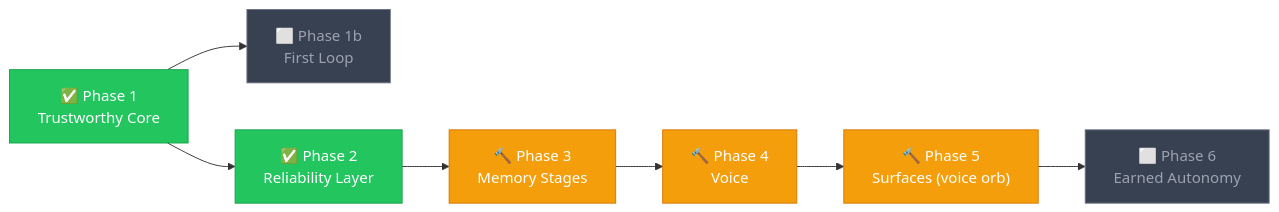
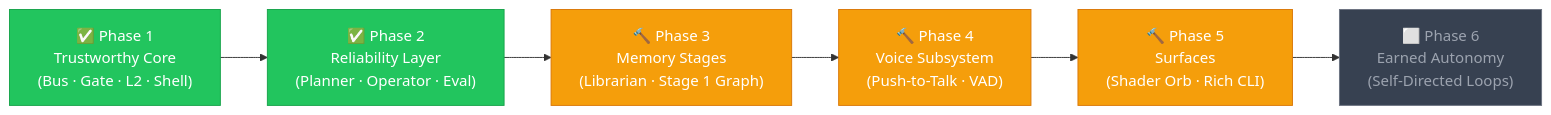
One commit to NastyRunner13/AgentOS changed the sixth of 6 diagrams in README.md. Above: the diagram before and after it, drawn with Mermaid. The commit also changed other lines of this file, not shown here.

First line of the commit message:
docs(readme): add system architecture diagrams, verification loops, and security model

````diff
--- a/README.md
+++ b/README.md
@@ -159,25 +446,22 @@
 ```mermaid
 graph LR
-    P1["✅ Phase 1\nTrustworthy Core"]
-    P1b["⬜ Phase 1b\nFirst Loop"]
-    P2["✅ Phase 2\nReliability Layer"]
-    P3["🔨 Phase 3\nMemory Stages"]
-    P4["🔨 Phase 4\nVoice"]
-    P5["🔨 Phase 5\nSurfaces (voice orb)"]
-    P6["⬜ Phase 6\nEarned Autonomy"]
+    P1["✅ Phase 1\nTrustworthy Core\n(Bus · Gate · L2 · Shell)"]
+    P2["✅ Phase 2\nReliability Layer\n(Planner · Operator · Eval)"]
+    P3["🔨 Phase 3\nMemory Stages\n(Librarian · Stage 1 Graph)"]
+    P4["🔨 Phase 4\nVoice Subsystem\n(Push-to-Talk · VAD)"]
+    P5["🔨 Phase 5\nSurfaces\n(Shader Orb · Rich CLI)"]
+    P6["⬜ Phase 6\nEarned Autonomy\n(Self-Directed Loops)"]
 
-    P1 --> P1b
     P1 --> P2
     P2 --> P3
     P3 --> P4
     P4 --> P5
     P5 --> P6
 
     style P1 fill:#22c55e,stroke:#16a34a,color:#fff
     style P2 fill:#22c55e,stroke:#16a34a,color:#fff
     style P3 fill:#f59e0b,stroke:#d97706,color:#fff
-    style P1b fill:#374151,stroke:#6b7280,color:#9ca3af
     style P4 fill:#f59e0b,stroke:#d97706,color:#fff
     style P5 fill:#f59e0b,stroke:#d97706,color:#fff
     style P6 fill:#374151,stroke:#6b7280,color:#9ca3af
 ```
````
